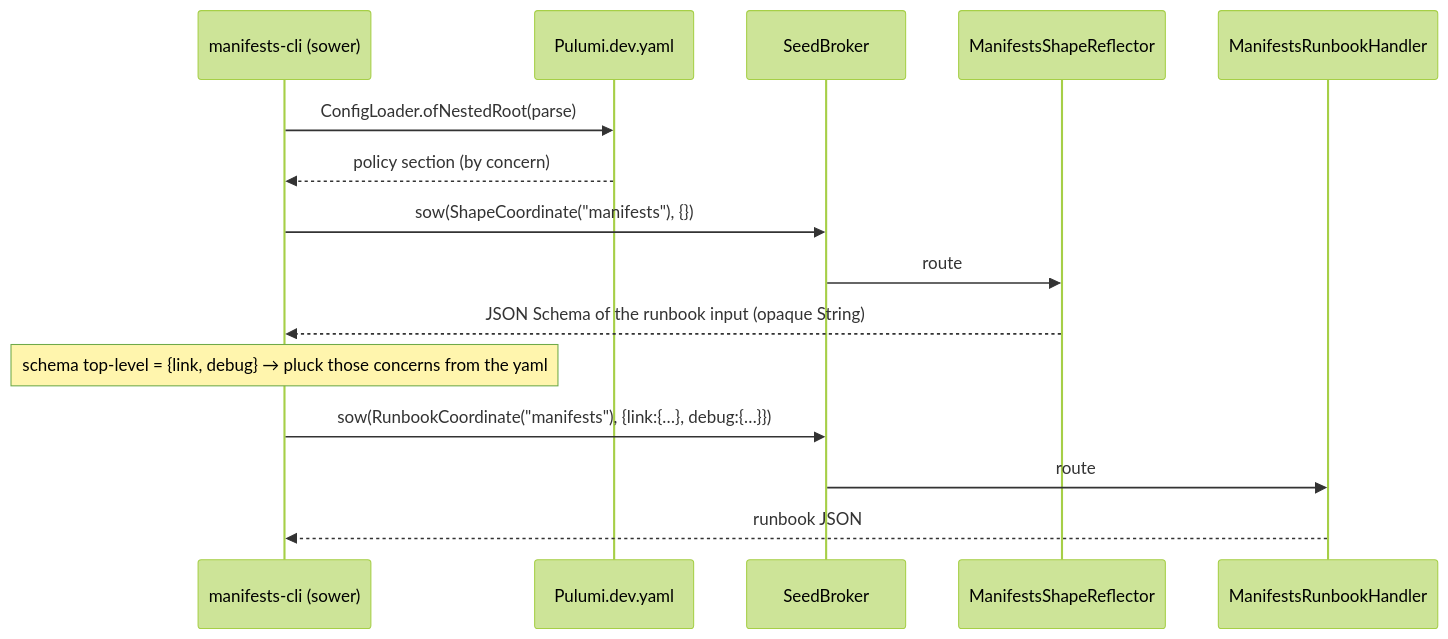
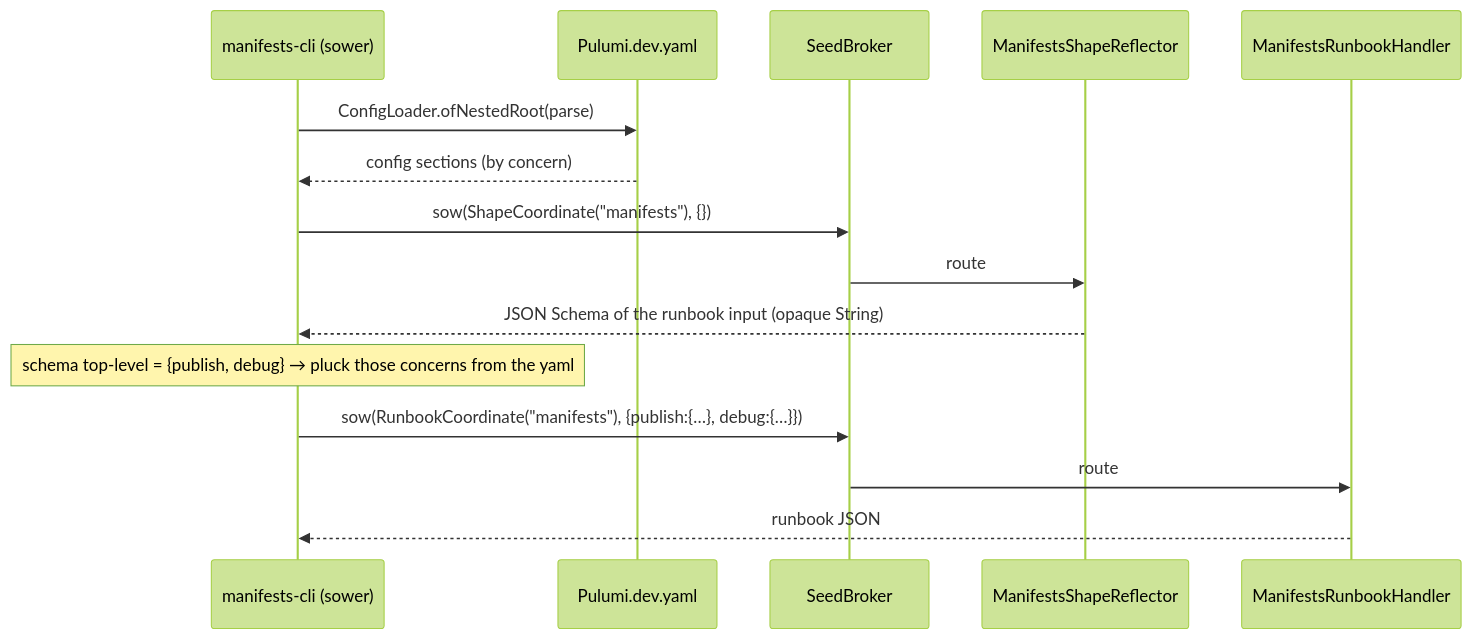
Before and after one commit to nxmatic/rke2lab: the third of 3 diagrams in docs/architecture/osgi/manifests-bdd-spec.adoc, drawn with Mermaid (forest theme). The commit also changed other lines of this file and 22 other files, not shown here.

First line of the commit message:
refactor(manifests): rename the activation facet link → publish

```diff
--- a/docs/architecture/osgi/manifests-bdd-spec.adoc
+++ b/docs/architecture/osgi/manifests-bdd-spec.adoc
@@ -359,18 +360,18 @@
 [mermaid]
 ----
 sequenceDiagram
   participant CLI as manifests-cli (sower)
   participant Y as Pulumi.dev.yaml
   participant B as SeedBroker
   participant SH as ManifestsShapeReflector
   participant RH as ManifestsRunbookHandler
   CLI->>Y: ConfigLoader.ofNestedRoot(parse)
-  Y-->>CLI: policy section (by concern)
+  Y-->>CLI: config sections (by concern)
   CLI->>B: sow(ShapeCoordinate("manifests"), {})
   B->>SH: route
   SH-->>CLI: JSON Schema of the runbook input (opaque String)
-  Note over CLI: schema top-level = {link, debug} → pluck those concerns from the yaml
-  CLI->>B: sow(RunbookCoordinate("manifests"), {link:{…}, debug:{…}})
+  Note over CLI: schema top-level = {publish, debug} → pluck those concerns from the yaml
+  CLI->>B: sow(RunbookCoordinate("manifests"), {publish:{…}, debug:{…}})
   B->>RH: route
   RH-->>CLI: runbook JSON
 ----
```
